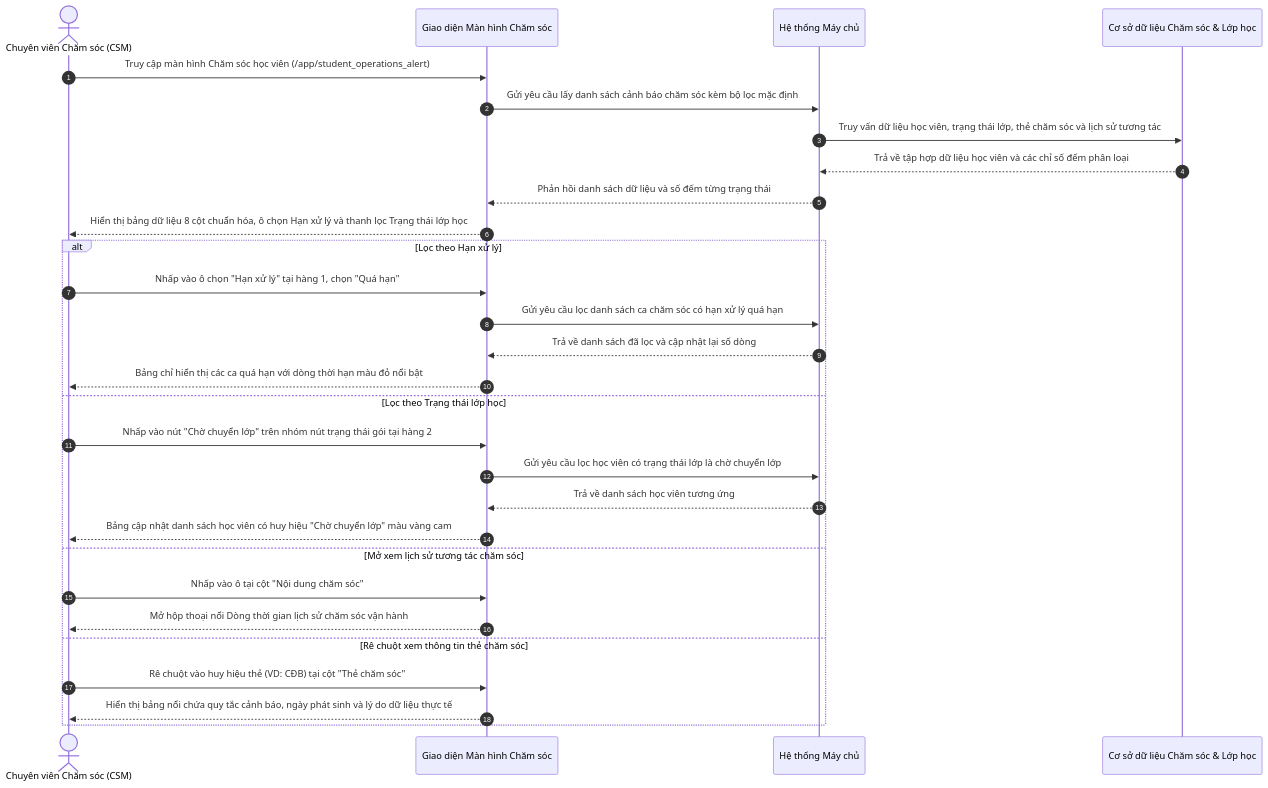
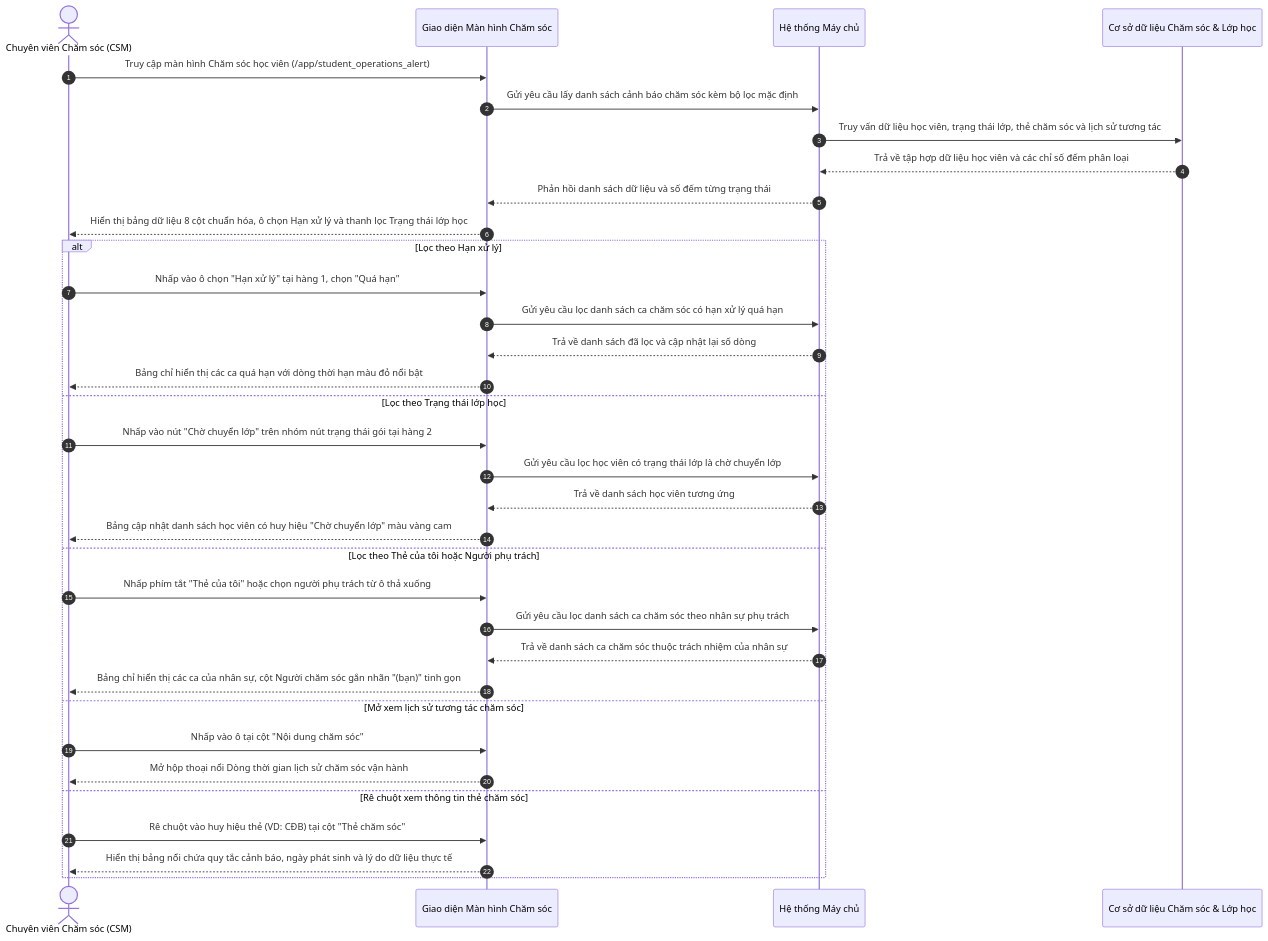
One commit to Gasyone/rinov5-station changed the diagram in docs/00-business/US-CARE-01-01-update-danh-sach-cham-soc-hoc-vien.md. Above: the diagram before and after it, drawn with Mermaid. The commit also changed other lines of this file and 192 other files, not shown here.

````diff
--- a/docs/00-business/US-CARE-01-01-update-danh-sach-cham-soc-hoc-vien.md
+++ b/docs/00-business/US-CARE-01-01-update-danh-sach-cham-soc-hoc-vien.md
@@ -69,33 +80,38 @@
 ```mermaid
 sequenceDiagram
     autonumber
     actor U as Chuyên viên Chăm sóc (CSM)
     participant F as Giao diện Màn hình Chăm sóc
     participant S as Hệ thống Máy chủ
     participant DB as Cơ sở dữ liệu Chăm sóc & Lớp học
 
     U->>F: Truy cập màn hình Chăm sóc học viên (/app/student_operations_alert)
     F->>S: Gửi yêu cầu lấy danh sách cảnh báo chăm sóc kèm bộ lọc mặc định
     S->>DB: Truy vấn dữ liệu học viên, trạng thái lớp, thẻ chăm sóc và lịch sử tương tác
     DB-->>S: Trả về tập hợp dữ liệu học viên và các chỉ số đếm phân loại
     S-->>F: Phản hồi danh sách dữ liệu và số đếm từng trạng thái
     F-->>U: Hiển thị bảng dữ liệu 8 cột chuẩn hóa, ô chọn Hạn xử lý và thanh lọc Trạng thái lớp học
 
     alt Lọc theo Hạn xử lý
         U->>F: Nhấp vào ô chọn "Hạn xử lý" tại hàng 1, chọn "Quá hạn"
         F->>S: Gửi yêu cầu lọc danh sách ca chăm sóc có hạn xử lý quá hạn
         S-->>F: Trả về danh sách đã lọc và cập nhật lại số dòng
         F-->>U: Bảng chỉ hiển thị các ca quá hạn với dòng thời hạn màu đỏ nổi bật
     else Lọc theo Trạng thái lớp học
         U->>F: Nhấp vào nút "Chờ chuyển lớp" trên nhóm nút trạng thái gói tại hàng 2
         F->>S: Gửi yêu cầu lọc học viên có trạng thái lớp là chờ chuyển lớp
         S-->>F: Trả về danh sách học viên tương ứng
         F-->>U: Bảng cập nhật danh sách học viên có huy hiệu "Chờ chuyển lớp" màu vàng cam
+    else Lọc theo Thẻ của tôi hoặc Người phụ trách
+        U->>F: Nhấp phím tắt "Thẻ của tôi" hoặc chọn người phụ trách từ ô thả xuống
+        F->>S: Gửi yêu cầu lọc danh sách ca chăm sóc theo nhân sự phụ trách
+        S-->>F: Trả về danh sách ca chăm sóc thuộc trách nhiệm của nhân sự
+        F-->>U: Bảng chỉ hiển thị các ca của nhân sự, cột Người chăm sóc gắn nhãn "(bạn)" tinh gọn
     else Mở xem lịch sử tương tác chăm sóc
         U->>F: Nhấp vào ô tại cột "Nội dung chăm sóc"
         F-->>U: Mở hộp thoại nổi Dòng thời gian lịch sử chăm sóc vận hành
     else Rê chuột xem thông tin thẻ chăm sóc
         U->>F: Rê chuột vào huy hiệu thẻ (VD: CĐB) tại cột "Thẻ chăm sóc"
         F-->>U: Hiển thị bảng nổi chứa quy tắc cảnh báo, ngày phát sinh và lý do dữ liệu thực tế
     end
 ```
````
